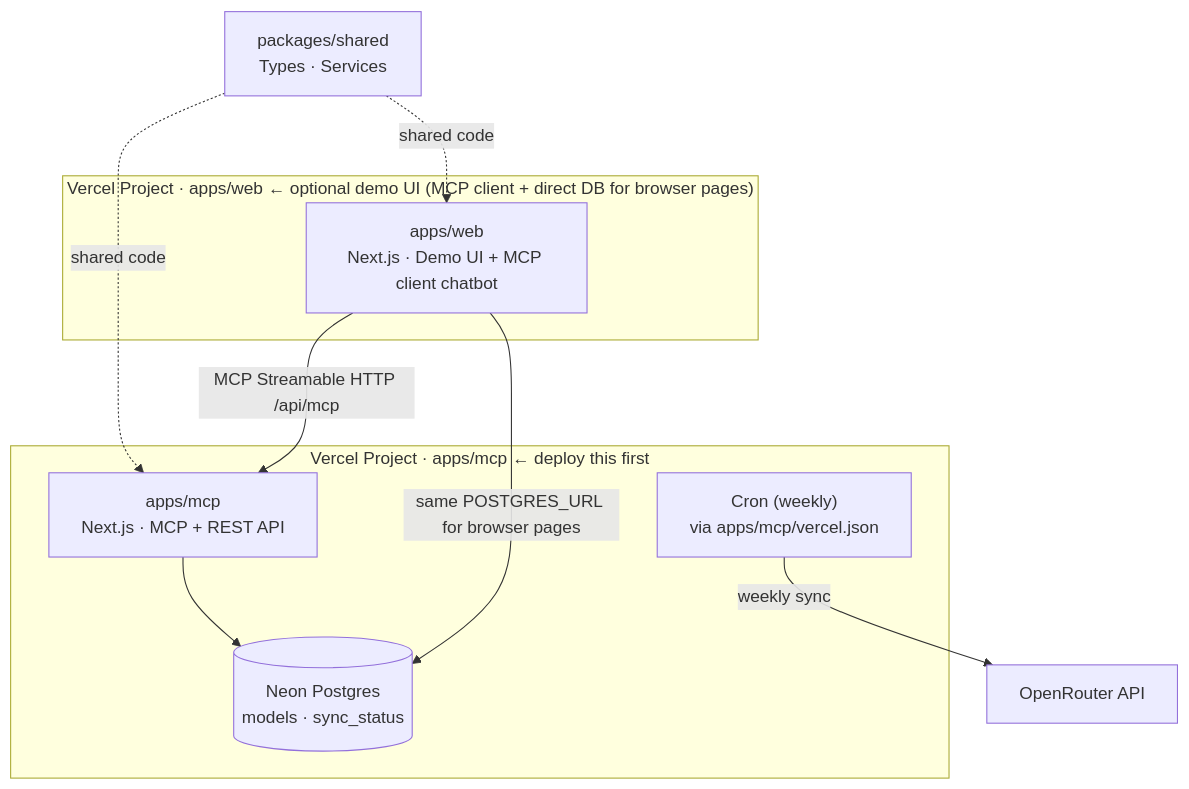
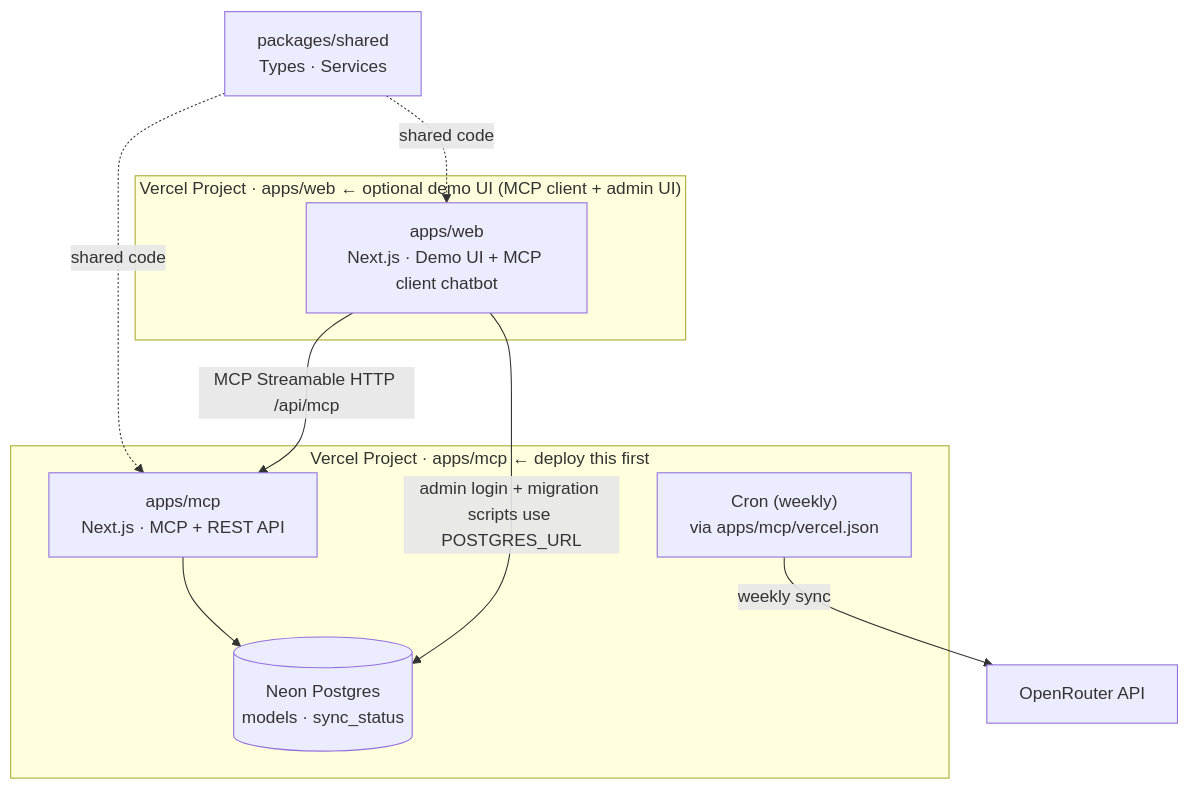
Before and after one commit to tj60647/openrouter-mcp-registry: the diagram in README.md, drawn with Mermaid. The commit also changed other lines of this file and 12 other files, not shown here.

Commit message:
Fix MCP demo auth environment docs

````diff
--- a/README.md
+++ b/README.md
@@ -25,23 +27,23 @@
 ```mermaid
 graph TD
     shared["packages/shared\nTypes · Services"]
 
     subgraph mcp_deploy["Vercel Project · apps/mcp  ← deploy this first"]
         mcpApp["apps/mcp\nNext.js · MCP + REST API"]
         db[("Neon Postgres\nmodels · sync_status")]
         cron["Cron (weekly)\nvia apps/mcp/vercel.json"]
     end
 
-    subgraph web_deploy["Vercel Project · apps/web  ← optional demo UI (MCP client + direct DB for browser pages)"]
+    subgraph web_deploy["Vercel Project · apps/web  ← optional demo UI (MCP client + admin UI)"]
         webApp["apps/web\nNext.js · Demo UI + MCP client chatbot"]
     end
 
     openrouter["OpenRouter API"]
 
     shared -.->|shared code| mcpApp
     shared -.->|shared code| webApp
     mcpApp --> db
     webApp -->|MCP Streamable HTTP /api/mcp| mcpApp
-    webApp -->|same POSTGRES_URL for browser pages| db
+    webApp -->|admin login + migration scripts use POSTGRES_URL| db
     cron -->|weekly sync| openrouter
 ```
````
